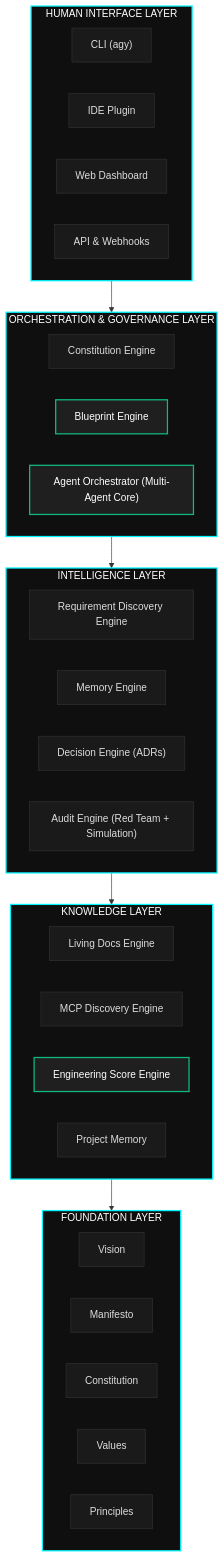
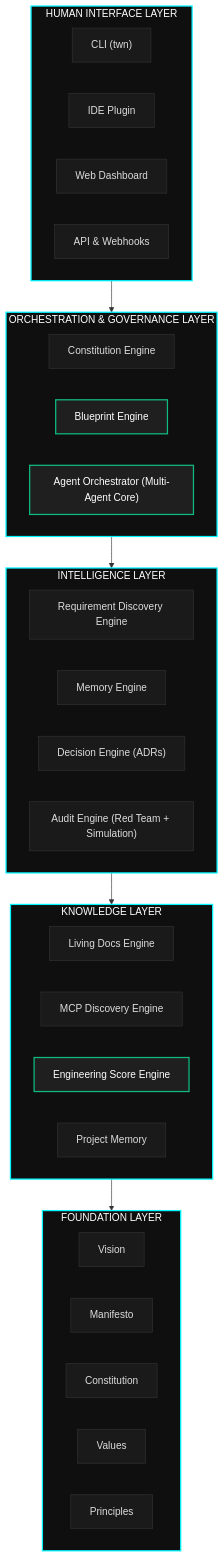
Before and after one commit to Taiwansz/atlas: the first of 2 diagrams in README.md, drawn with Mermaid. The commit also changed other lines of this file and 21 other files, not shown here.

Commit message:
refactor(cli): rename CLI binary and package references from agy to twn

````diff
--- a/README.md
+++ b/README.md
@@ -54,53 +54,53 @@
 ```mermaid
 flowchart TD
     %% Styling and Theme (Obsidian & Machined Glass theme visual representation)
     classDef layerFill fill:#0f0f0f,stroke:#00F5FF,stroke-width:2px,color:#fff;
     classDef nodeFill fill:#1a1a1a,stroke:#333,stroke-width:1px,color:#ddd;
     classDef highlight fill:#1f1f1f,stroke:#10B981,stroke-width:2px,color:#fff;
 
     subgraph HIL ["HUMAN INTERFACE LAYER"]
-        CLI["CLI (agy)"]
+        CLI["CLI (twn)"]
         IDE["IDE Plugin"]
         Web["Web Dashboard"]
         API["API & Webhooks"]
     end
 
     subgraph OGL ["ORCHESTRATION & GOVERNANCE LAYER"]
         Const["Constitution Engine"]
         Blue["Blueprint Engine"]
         Orch["Agent Orchestrator (Multi-Agent Core)"]
     end
 
     subgraph IL ["INTELLIGENCE LAYER"]
         Req["Requirement Discovery Engine"]
         Mem["Memory Engine"]
         Dec["Decision Engine (ADRs)"]
         Audit["Audit Engine (Red Team + Simulation)"]
     end
 
     subgraph KL ["KNOWLEDGE LAYER"]
         Docs["Living Docs Engine"]
         MCP["MCP Discovery Engine"]
         Score["Engineering Score Engine"]
         PMem["Project Memory"]
     end
 
     subgraph FL ["FOUNDATION LAYER"]
         Vision["Vision"]
         Manifesto["Manifesto"]
         Constitution["Constitution"]
         Values["Values"]
         Principles["Principles"]
     end
 
     %% Flows
     HIL --> OGL
     OGL --> IL
     IL --> KL
     KL --> FL
 
     %% Apply Styles
     class HIL,OGL,IL,KL,FL layerFill;
     class CLI,IDE,Web,API,Const,Blue,Orch,Req,Mem,Dec,Audit,Docs,MCP,Score,PMem,Vision,Manifesto,Constitution,Values,Principles nodeFill;
     class Orch,Blue,Score highlight;
 ```
````
